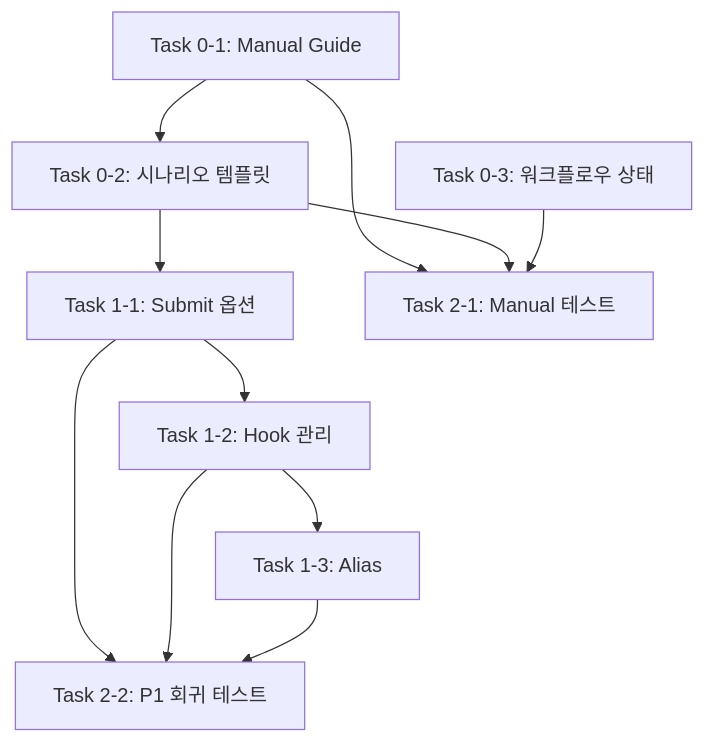
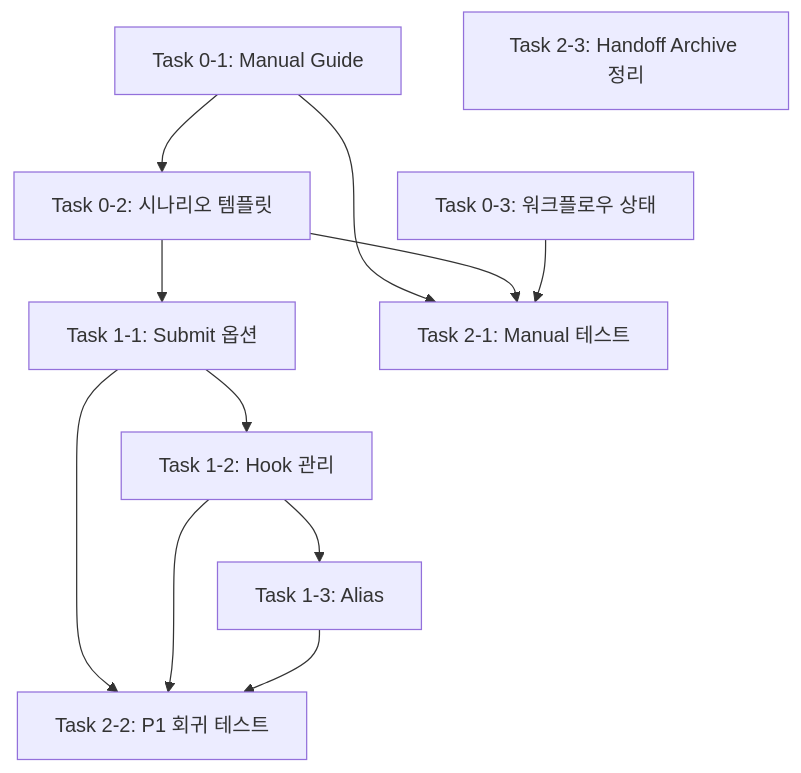
One commit to iamwonseok/agent-context changed the diagram in docs/rfcs/005-manual-fallback-improvement.md. Above: the diagram before and after it, drawn with Mermaid. The commit also changed other lines of this file and 3 other files, not shown here.

````diff
--- a/docs/rfcs/005-manual-fallback-improvement.md
+++ b/docs/rfcs/005-manual-fallback-improvement.md
@@ -697,18 +731,19 @@
 ```mermaid
 graph TD
     T01[Task 0-1: Manual Guide]
     T02[Task 0-2: 시나리오 템플릿]
     T03[Task 0-3: 워크플로우 상태]
     T11[Task 1-1: Submit 옵션]
     T12[Task 1-2: Hook 관리]
     T13[Task 1-3: Alias]
     T21[Task 2-1: Manual 테스트]
     T22[Task 2-2: P1 회귀 테스트]
+    T23[Task 2-3: Handoff Archive 정리]
     
     T01 --> T02
     T01 & T02 & T03 --> T21
     T02 --> T11
     T11 --> T12
     T12 --> T13
     T11 & T12 & T13 --> T22
 ```
````
